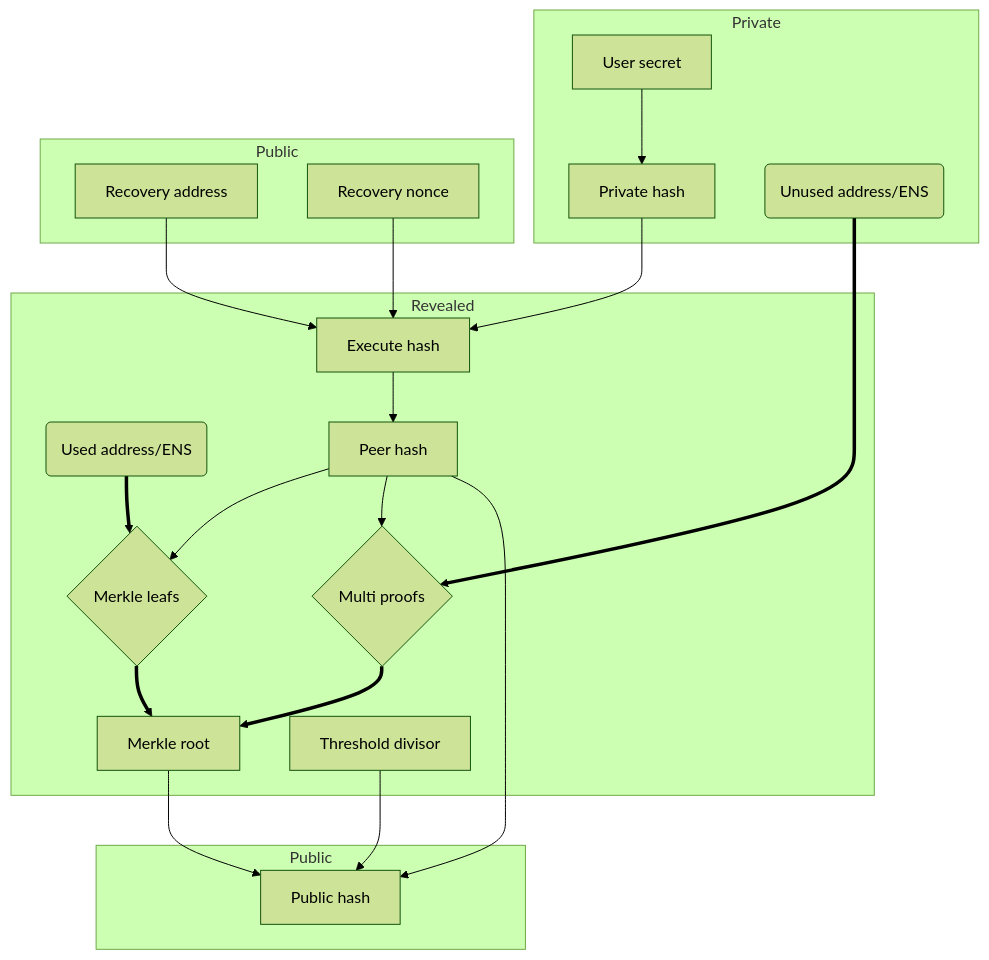
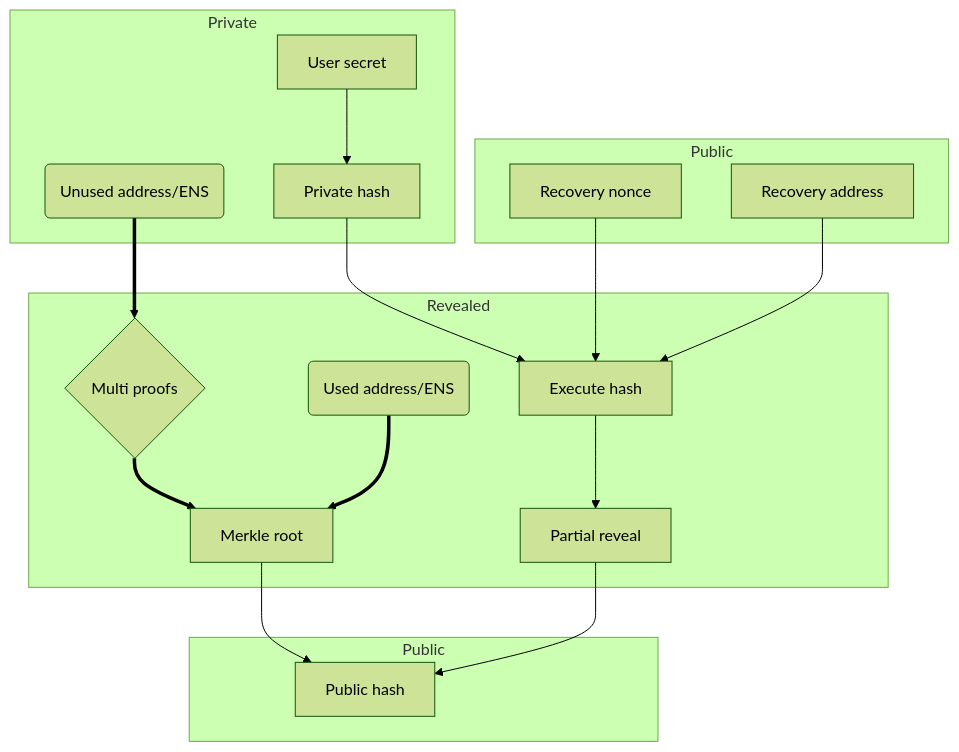
Before and after one commit to ethereum/EIPs: the ninth of 17 diagrams in EIPS/eip-2429.md, drawn with Mermaid (forest theme). The commit also changed other lines of this file, not shown here.

Commit message:
simplify leafs, weight as siblings, drop Tdiv, hashPeer->partialReveal

````diff
--- a/EIPS/eip-2429.md
+++ b/EIPS/eip-2429.md
@@ -239,42 +232,35 @@
 ```mermaid
 	graph TB
         subgraph Private
             user_secret_data["User secret"]
             private_hash["Private hash"]
             hidden_guardians("Unused address/ENS")
         end
         subgraph Revealed
             hash_to_execute["Execute hash"]
-            merkle_leafs{"Merkle leafs"}
+            merkle_leafs("Used address/ENS")
             merkle_proofs{"Multi proofs"}
             merkle_root["Merkle root"]
-            approved_guardians("Used address/ENS")
-            threshold_divisor["Threshold divisor"]
-            hash_to_peer["Peer hash"] 
+            partial_reveal["Partial reveal"] 
         end
         subgraph Public  
             recovery_contract["Recovery address"]
             recovery_nonce["Recovery nonce"]
         end
         subgraph Public
             public_hash["Public hash"]
         end
 
-        recovery_contract --> hash_to_execute;
-        recovery_nonce --> hash_to_execute;
         user_secret_data --> private_hash; 
         private_hash --> hash_to_execute; 
-        hash_to_execute --> hash_to_peer; 
+        hash_to_execute --> partial_reveal; 
 
-        hash_to_peer --> merkle_leafs;
-        hash_to_peer --> merkle_proofs;
 
-        approved_guardians ==> merkle_leafs;
         hidden_guardians ==> merkle_proofs;
         merkle_proofs ==> merkle_root
         merkle_leafs ==> merkle_root;
-
-        threshold_divisor --> public_hash;
+        recovery_nonce --> hash_to_execute;
+        recovery_contract --> hash_to_execute;
         merkle_root --> public_hash;
-        hash_to_peer --> public_hash;
+        partial_reveal --> public_hash;
 ```
````
